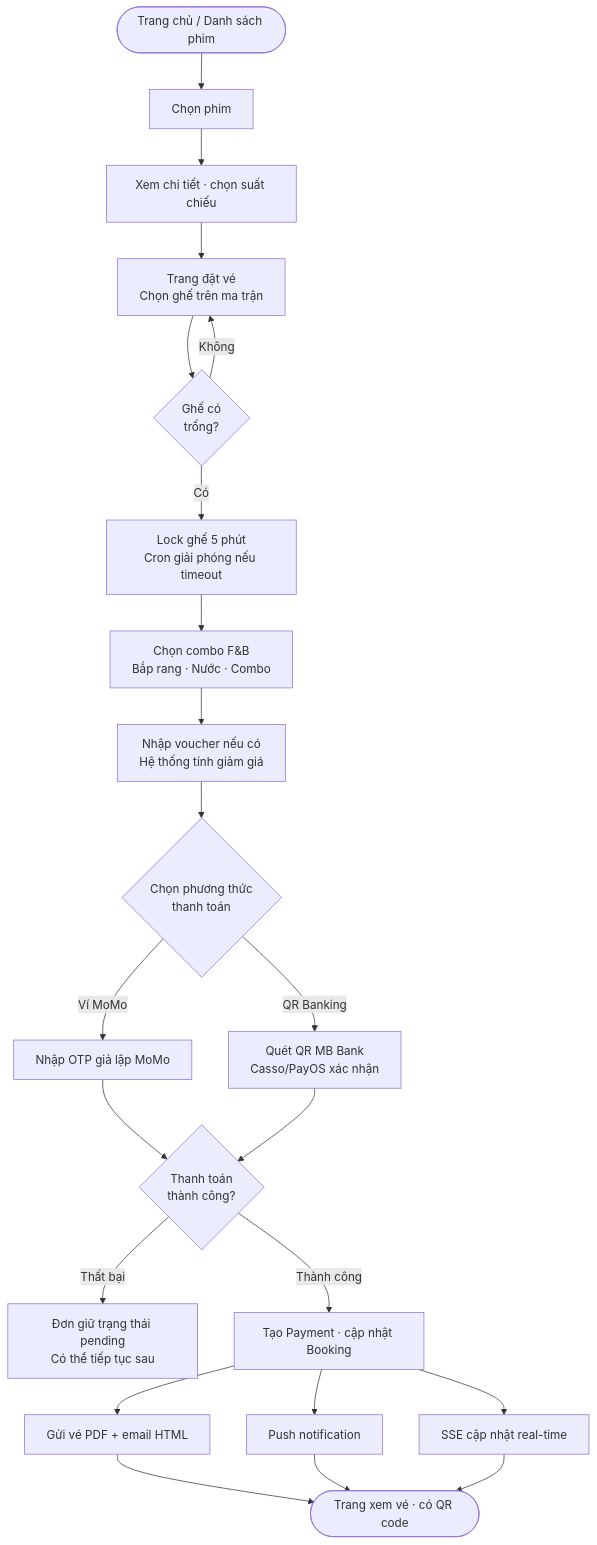
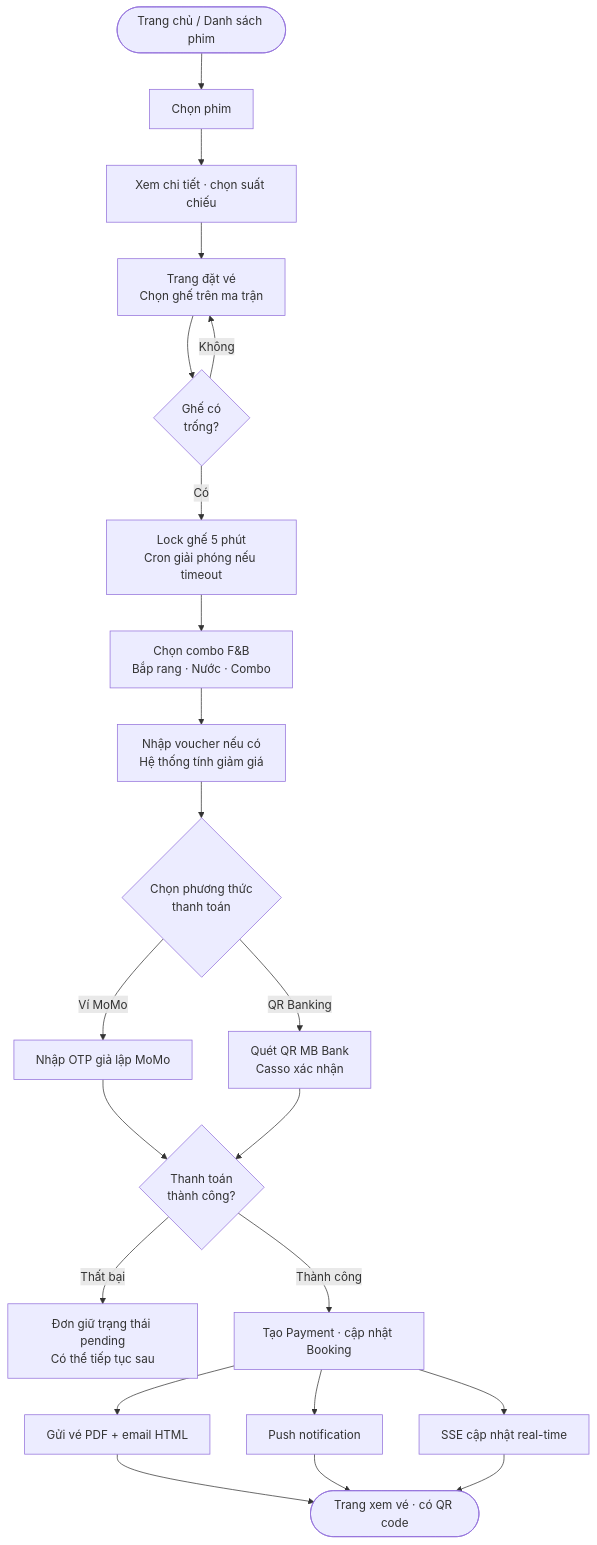
One commit to dduck210/cine-clone changed the first of 3 diagrams in docs/project-overview.md. Above: the diagram before and after it, drawn with Mermaid. The commit also changed other lines of this file and 6 other files, not shown here.

````diff
--- a/docs/project-overview.md
+++ b/docs/project-overview.md
@@ -94,21 +94,21 @@
 ```mermaid
 flowchart TD
     A([Trang chủ / Danh sách phim]) --> B[Chọn phim]
     B --> C[Xem chi tiết · chọn suất chiếu]
     C --> D[Trang đặt vé\nChọn ghế trên ma trận]
     D --> E{Ghế có\ntrống?}
     E -- Không --> D
     E -- Có --> F[Lock ghế 5 phút\nCron giải phóng nếu timeout]
     F --> G[Chọn combo F&B\nBắp rang · Nước · Combo]
     G --> H[Nhập voucher nếu có\nHệ thống tính giảm giá]
     H --> I{Chọn phương thức\nthanh toán}
     I -- Ví MoMo --> J1[Nhập OTP giả lập MoMo]
-    I -- QR Banking --> J2[Quét QR MB Bank\nCasso/PayOS xác nhận]
+    I -- QR Banking --> J2[Quét QR MB Bank\nCasso xác nhận]
     J1 & J2 --> K{Thanh toán\nthành công?}
     K -- Thất bại --> L[Đơn giữ trạng thái pending\nCó thể tiếp tục sau]
     K -- Thành công --> M[Tạo Payment · cập nhật Booking]
     M --> N[Gửi vé PDF + email HTML]
     M --> O[Push notification]
     M --> P[SSE cập nhật real-time]
     N & O & P --> Q([Trang xem vé · có QR code])
 ```
````
